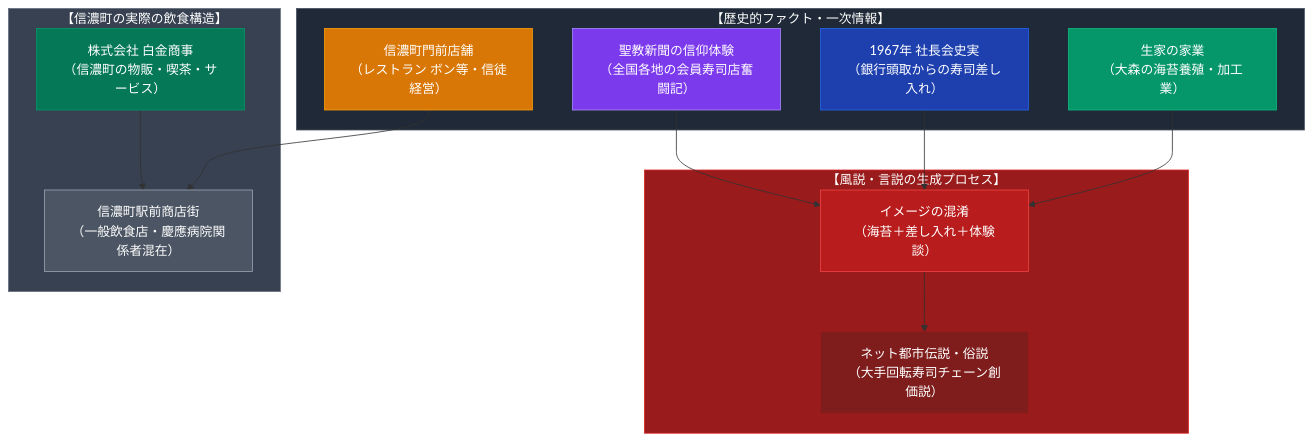
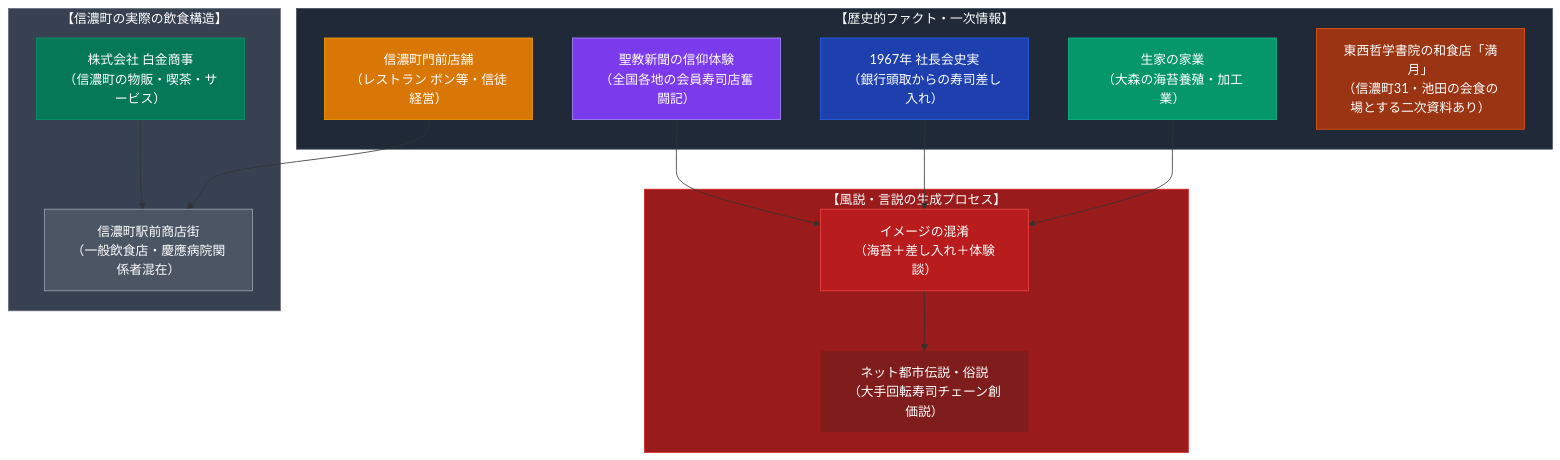
The diagram in content/01_宗派・異端研究/17_飲食・食品関連/信濃町の飲食文化と池田大作（創価学会・風説の検証）.md (iida-masashi/religion-garden), drawn with Mermaid before and after one commit. The commit also changed other lines of this file and 1 other file, not shown here.

````diff
--- a/content/01_宗派・異端研究/17_飲食・食品関連/信濃町の飲食文化と池田大作（創価学会・風説の検証）.md
+++ b/content/01_宗派・異端研究/17_飲食・食品関連/信濃町の飲食文化と池田大作（創価学会・風説の検証）.md
@@ -71,39 +80,41 @@
 ```mermaid
 graph TD
     subgraph REAL["<div style='color:#ffffff;'>【歴史的ファクト・一次情報】</div>"]
         NORI["<div style='color:#ffffff;'>生家の家業<br>（大森の海苔養殖・加工業）</div>"]
         SHATOU["<div style='color:#ffffff;'>1967年 社長会史実<br>（銀行頭取からの寿司差し入れ）</div>"]
         SEIKYO["<div style='color:#ffffff;'>聖教新聞の信仰体験<br>（全国各地の会員寿司店奮闘記）</div>"]
         BON["信濃町門前店舗<br>（レストラン ボン等・信徒経営）"]
+        MANGETSU["<div style='color:#ffffff;'>東西哲学書院の和食店「満月」<br>（信濃町31・池田の会食の場とする二次資料あり）</div>"]
     end
 
     subgraph DISCOURSE["<div style='color:#ffffff;'>【風説・言説の生成プロセス】</div>"]
         MIX["<div style='color:#ffffff;'>イメージの混淆<br>（海苔＋差し入れ＋体験談）</div>"]
         RUMOR["<div style='color:#ffffff;'>ネット都市伝説・俗説<br>（大手回転寿司チェーン創価説）</div>"]
     end
 
     subgraph ACTUAL_SHINANO["<div style='color:#ffffff;'>【信濃町の実際の飲食構造】</div>"]
         HAKU["<div style='color:#ffffff;'>株式会社 白金商事<br>（信濃町の物販・喫茶・サービス）</div>"]
         LOCAL["<div style='color:#ffffff;'>信濃町駅前商店街<br>（一般飲食店・慶應病院関係者混在）</div>"]
     end
 
     NORI --> MIX
     SHATOU --> MIX
     SEIKYO --> MIX
     MIX --> RUMOR
 
     BON --> LOCAL
     HAKU --> LOCAL
 
     style REAL fill:#1f2937,stroke:#4b5563,color:#ffffff
     style NORI fill:#059669,stroke:#10b981,color:#ffffff
     style SHATOU fill:#1e40af,stroke:#2563eb,color:#ffffff
     style SEIKYO fill:#7c3aed,stroke:#a78bfa,color:#ffffff
     style BON fill:#d97706,stroke:#f59e0b,color:#ffffff
+    style MANGETSU fill:#9a3412,stroke:#ea580c,color:#ffffff
     style DISCOURSE fill:#991b1b,stroke:#dc2626,color:#ffffff
     style MIX fill:#b91c1c,stroke:#ef4444,color:#ffffff
     style RUMOR fill:#7f1d1d,stroke:#991b1b,color:#ffffff
     style ACTUAL_SHINANO fill:#374151,stroke:#6b7280,color:#ffffff
     style HAKU fill:#047857,stroke:#059669,color:#ffffff
     style LOCAL fill:#4b5563,stroke:#9ca3af,color:#ffffff
 ```
````
